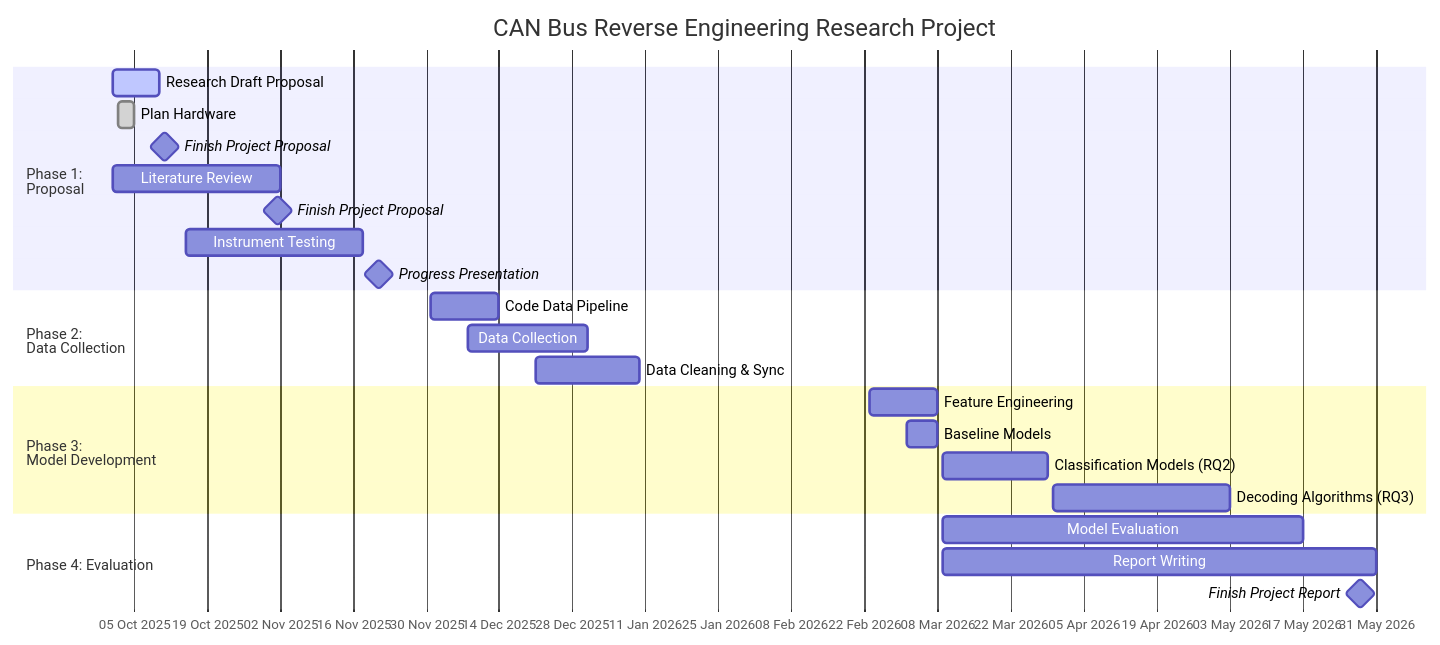
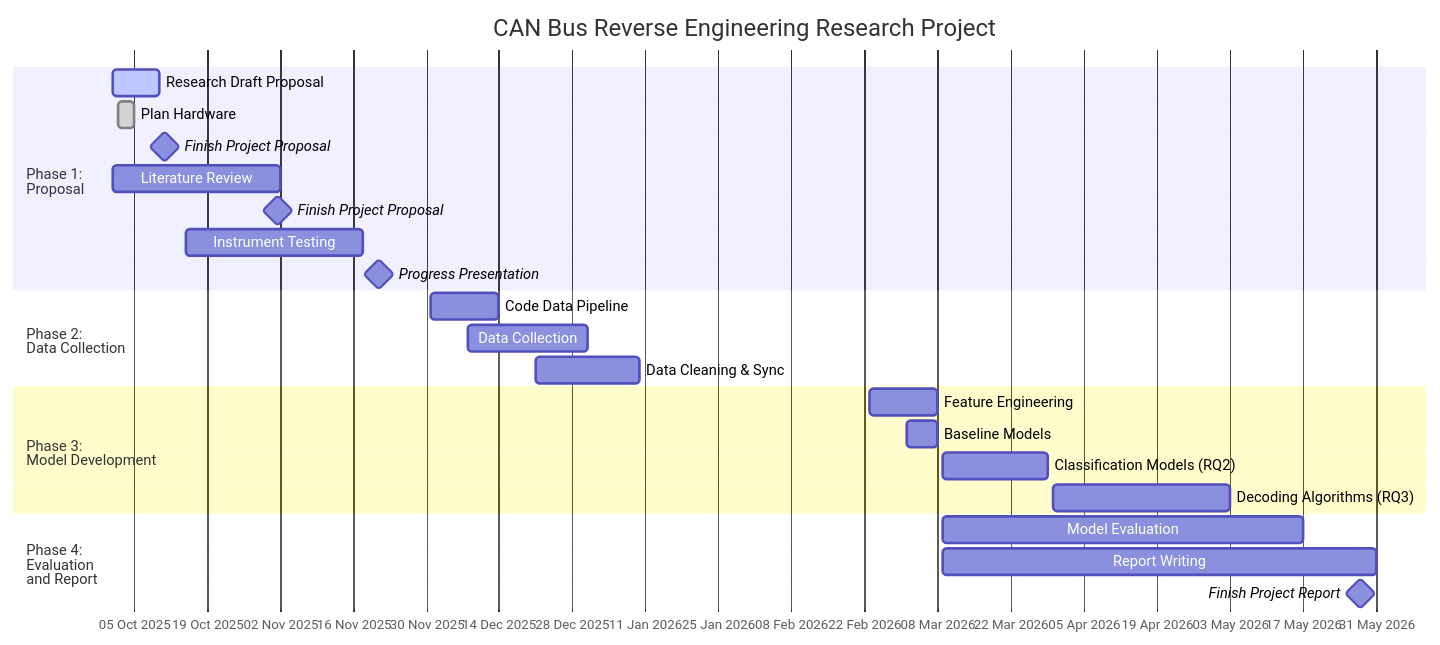
Before and after one commit to CraigAA/CAN_Reverse_Engineering_Project: the diagram in README.md, drawn with Mermaid.

````diff
--- a/README.md
+++ b/README.md
@@ -2,31 +2,31 @@
 ```mermaid
 gantt
     title CAN Bus Reverse Engineering Research Project
     dateFormat  YYYY-MM-DD
     axisFormat  %d %b %Y
     tickInterval 2week
     section Phase 1:<br>Proposal
     Research Draft Proposal     :active, rp, 2025-10-01, 2025-10-10
     Plan Hardware               :done, oh, 2025-10-02, 2025-10-05
     Finish Project Proposal     :milestone, frp, 2025-10-10, 2025-10-12
     Literature Review           :lr, 2025-10-01, 2025-11-02
     Finish Project Proposal     :milestone, frp, 2025-11-01, 2025-11-02
     Instrument Testing          :it, 2025-10-15, 2025-11-18
     Progress Presentation       :milestone, pp, 2025-11-19, 2025-11-23
 
     section Phase 2:<br>Data Collection
     Code Data Pipeline          :dp, 2025-12-01, 2025-12-14
     Data Collection             :dc, 2025-12-08, 2025-12-31
     Data Cleaning & Sync        :dc, 2025-12-21, 2026-01-10
 
     section Phase 3:<br>Model Development
     Feature Engineering         :fe, 2026-02-23, 2026-03-08
     Baseline Models             :bm, 2026-03-02, 2026-03-08
     Classification Models (RQ2) :cm, 2026-03-09, 2026-03-29
     Decoding Algorithms (RQ3)   :da, 2026-03-30, 2026-05-03
 
-    section Phase 4: Evaluation
+    section Phase 4:<br>Evaluation<br>and Report
     Model Evaluation            :ce, 2026-03-09, 2026-05-17
     Report Writing              :wr, 2026-03-09, 2026-05-31
     Finish Project Report       :milestone, fta, 2026-05-25, 2026-05-31
 ```
````
